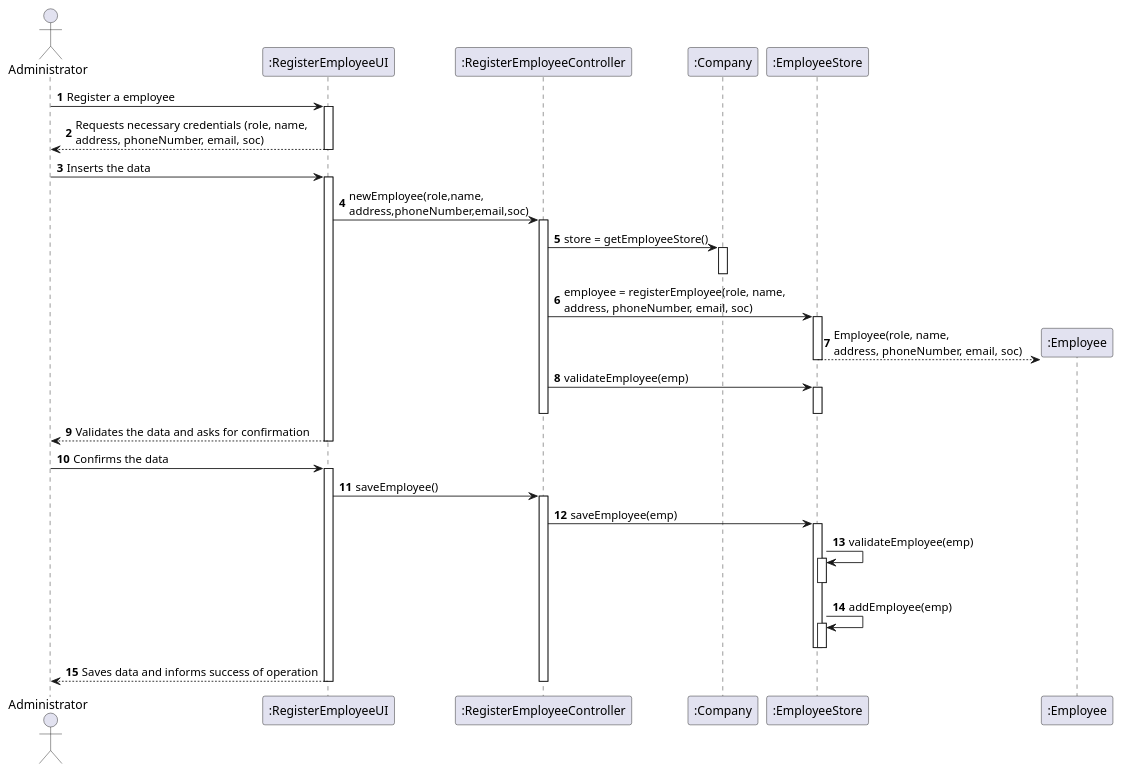
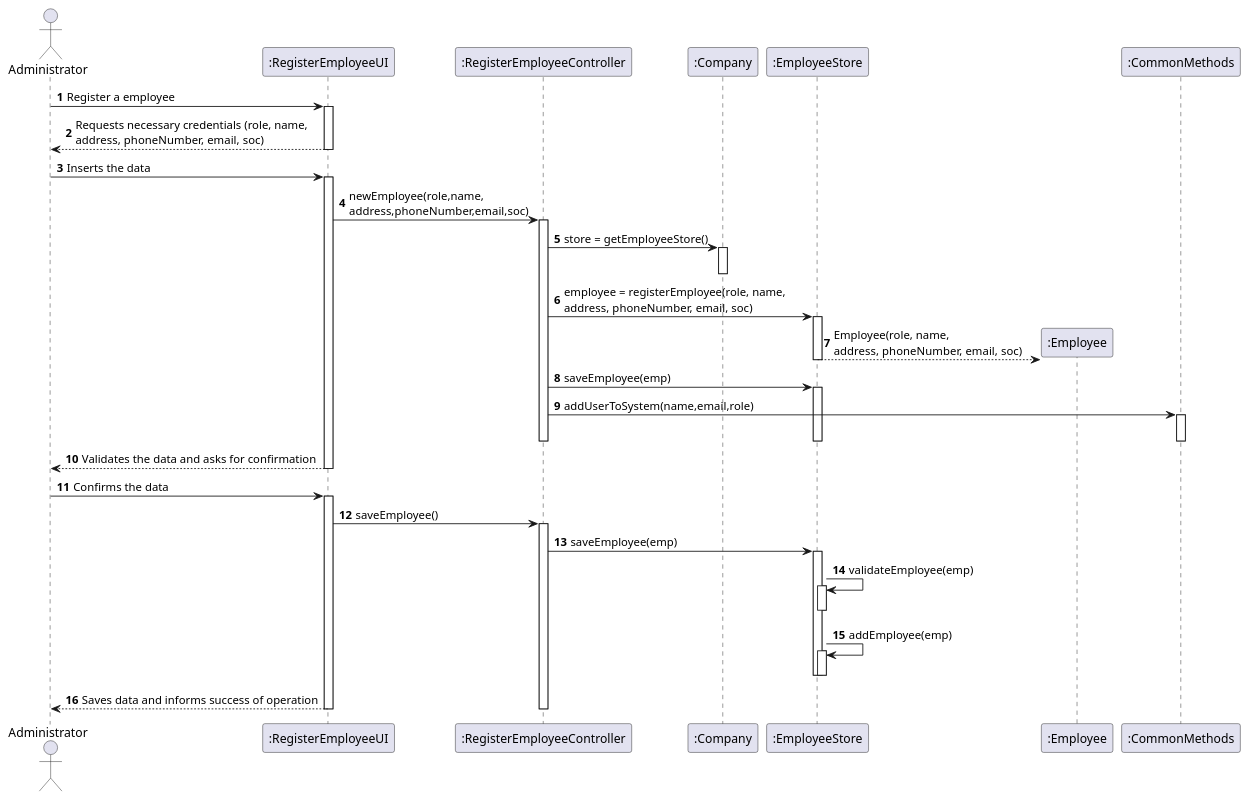
The diagram in docs/SprintB/US7/UC7_SD.puml (GuilhermeCunha79/lapr2), drawn with PlantUML before and after one commit. The commit also changed 4 other files, not shown here.

```diff
--- a/docs/SprintB/US7/UC7_SD.puml
+++ b/docs/SprintB/US7/UC7_SD.puml
@@ -1,60 +1,68 @@
 @startuml
 autonumber
 
 actor "Administrator" as ADMIN
 
 participant ":RegisterEmployeeUI" as UI
 participant ":RegisterEmployeeController" as CTRL
 participant ":Company" as COMP
 participant ":EmployeeStore" as EMPS
 participant ":Employee" as EMP
+participant ":CommonMethods" as CM
+
 
 
 ADMIN -> UI : Register a employee
 activate UI
     UI --> ADMIN : Requests necessary credentials (role, name,\naddress, phoneNumber, email, soc)
 deactivate UI
 
 ADMIN -> UI : Inserts the data
 activate UI
 UI -> CTRL : newEmployee(role,name,\naddress,phoneNumber,email,soc)
     activate CTRL
         CTRL -> COMP : store = getEmployeeStore()
         activate COMP
         deactivate COMP
         CTRL -> EMPS : employee = registerEmployee(role, name,\naddress, phoneNumber, email, soc)
                 activate EMPS
                     EMPS --> EMP** : Employee(role, name,\naddress, phoneNumber, email, soc)
                 deactivate EMPS
-                CTRL -> EMPS : validateEmployee(emp)
+
+
+                CTRL -> EMPS : saveEmployee(emp)
+
                 activate EMPS
+                CTRL -> CM : addUserToSystem(name,email,role)
+                                activate CM
+                                deactivate CM
                 deactivate EMPS
     deactivate CTRL
     UI --> ADMIN : Validates the data and asks for confirmation
 deactivate UI
 
 ADMIN -> UI : Confirms the data
 activate UI
 
     UI -> CTRL : saveEmployee()
 
 activate CTRL
     CTRL -> EMPS : saveEmployee(emp)
 
 
 activate EMPS
     EMPS -> EMPS : validateEmployee(emp)
     activate EMPS
     deactivate EMPS
     EMPS -> EMPS : addEmployee(emp)
     activate EMPS
     deactivate EMPS
 deactivate EMPS
 
 
 UI --> ADMIN : Saves data and informs success of operation
 deactivate COMP
 deactivate UI
 deactivate CTRL
 
 @enduml
```
